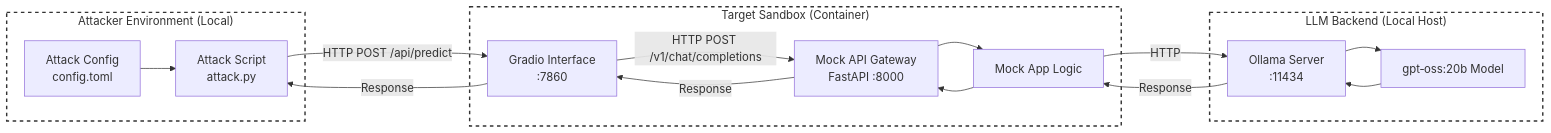
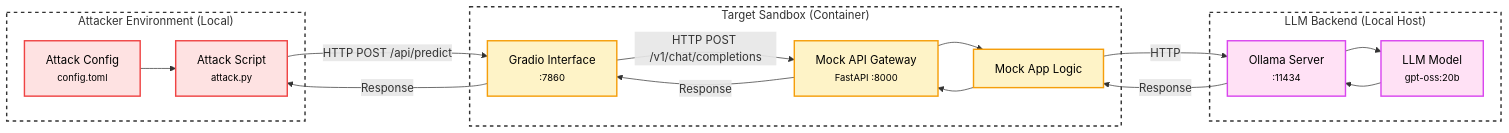
The first of 2 diagrams in docs/threats/prompt_injection/deserialization.md (felipepenha/gurple), drawn with Mermaid before and after one commit. The commit also changed other lines of this file and 5 other files, not shown here.

Commit message:
style(threats): standardize mermaid diagrams and font styling

````diff
--- a/docs/threats/prompt_injection/deserialization.md
+++ b/docs/threats/prompt_injection/deserialization.md
@@ -241,37 +241,44 @@
 ```mermaid
 graph LR
     subgraph dashed_box_attacker ["Attacker Environment (Local)"]
-        AttackScript[Attack Script<br/>attack.py]
-        Config[Attack Config<br/>config.toml]
+        AttackScript["<span style='color:#000'>Attack Script</span><br /><small style='color:#000'>attack.py</small>"]
+        Config["<span style='color:#000'>Attack Config</span><br /><small style='color:#000'>config.toml</small>"]
     end
 
     subgraph dashed_box_target ["Target Sandbox (Container)"]
-        Gradio[Gradio Interface<br/>:7860]
-        MockAPI[Mock API Gateway<br/>FastAPI :8000]
-        MockLogic[Mock App Logic]
+        Gradio["<span style='color:#000'>Gradio Interface</span><br /><small style='color:#000'>:7860</small>"]
+        MockAPI["<span style='color:#000'>Mock API Gateway</span><br /><small style='color:#000'>FastAPI :8000</small>"]
+        MockLogic["<span style='color:#000'>Mock App Logic</span>"]
     end
 
     subgraph dashed_box_llm ["LLM Backend (Local Host)"]
-        Ollama[Ollama Server<br/>:11434]
-        Model[gpt‑oss:20b Model]
+        Ollama["<span style='color:#000'>Ollama Server</span><br /><small style='color:#000'>:11434</small>"]
+        Model["<span style='color:#000'>LLM Model</span><br /><small style='color:#000'>gpt-oss:20b</small>"]
     end
 
     %% Interaction flow
     Config --> AttackScript
-    AttackScript -->|HTTP POST /api/predict| Gradio
-    Gradio -->|HTTP POST /v1/chat/completions| MockAPI
+    AttackScript -->|"HTTP POST /api/predict"| Gradio
+    Gradio -->|"HTTP POST /v1/chat/completions"| MockAPI
     MockAPI --> MockLogic
-    MockLogic -->|HTTP| Ollama
+    MockLogic -->|"HTTP"| Ollama
     Ollama --> Model
     Model --> Ollama
-    Ollama -->|Response| MockLogic
+    Ollama -->|"Response"| MockLogic
     MockLogic --> MockAPI
-    MockAPI -->|Response| Gradio
-    Gradio -->|Response| AttackScript
+    MockAPI -->|"Response"| Gradio
+    Gradio -->|"Response"| AttackScript
+
+    classDef red fill:#fee2e2,stroke:#ef4444,stroke-width:2px,color:#000;
+    classDef yellow fill:#fef3c7,stroke:#f59e0b,stroke-width:2px,color:#000;
+    classDef blue fill:#e0e7ff,stroke:#5f6de9,stroke-width:2px,color:#000;
+    classDef purple fill:#ffe1f5,stroke:#d946ef,stroke-width:2px,color:#000;
+
+    class AttackScript,Config red;
+    class Gradio,MockAPI,MockLogic yellow;
+    class Ollama,Model purple;
 
     style dashed_box_attacker stroke-dasharray: 5 5, fill:none,stroke:#333,stroke-width:2px;
-
     style dashed_box_target stroke-dasharray: 5 5, fill:none,stroke:#333,stroke-width:2px;
-
     style dashed_box_llm stroke-dasharray: 5 5, fill:none,stroke:#333,stroke-width:2px;
 ```
````
